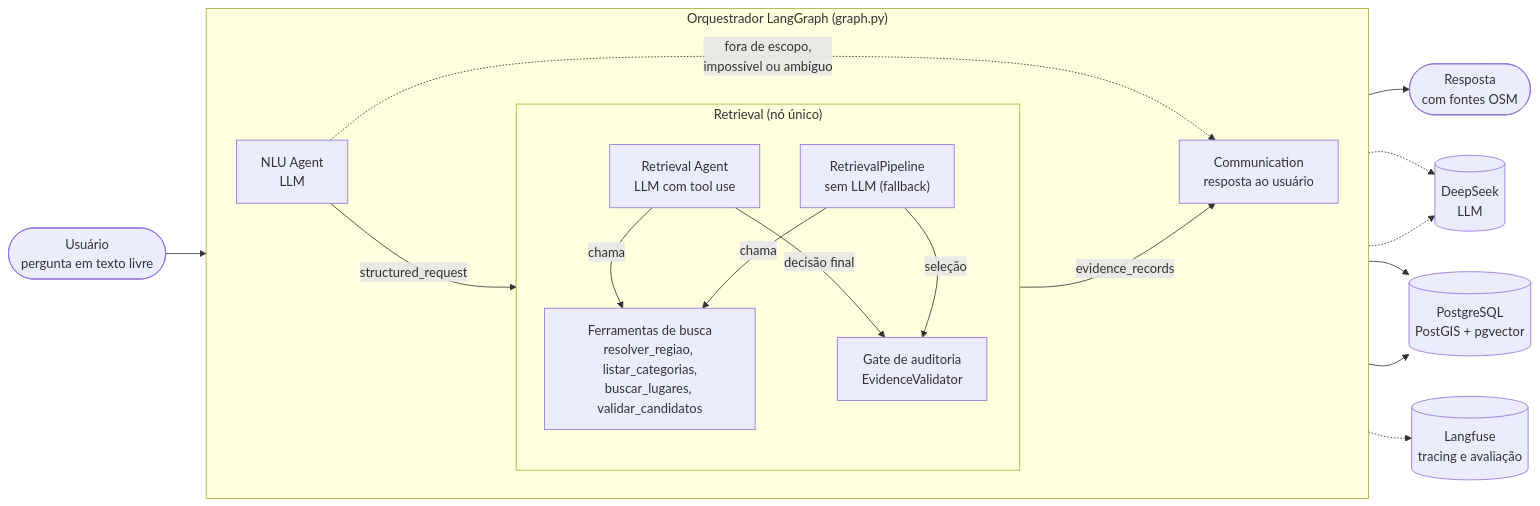
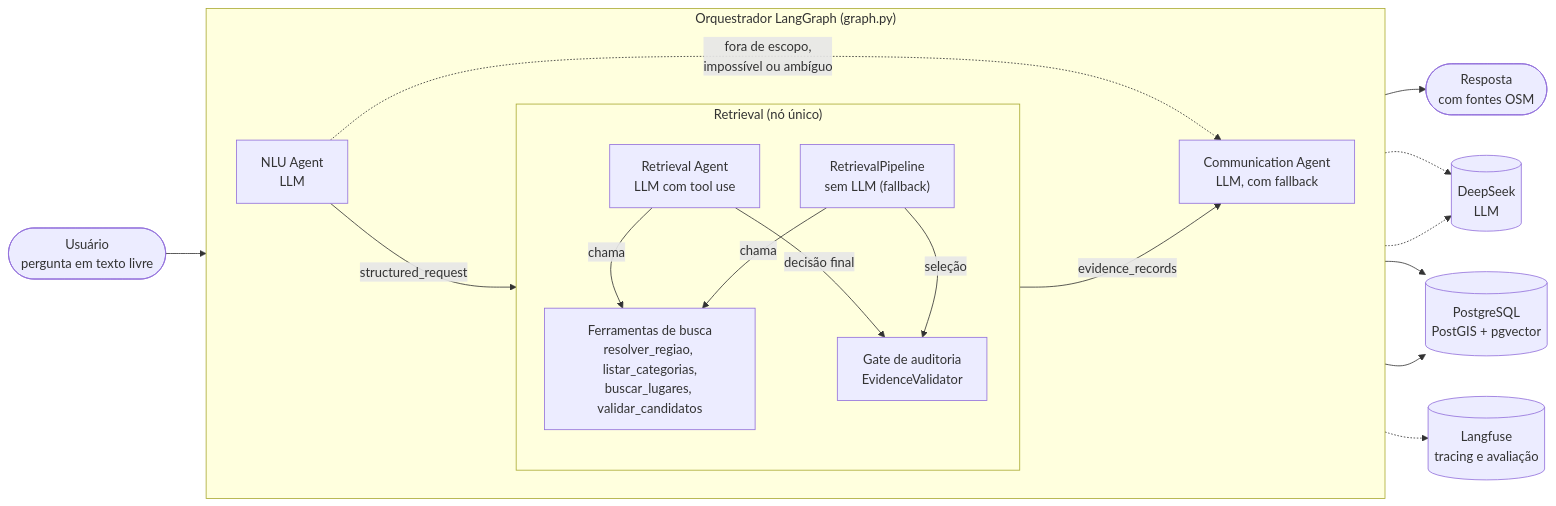
The first of 3 diagrams in docs/arquitetura_agentes.md (Marjoriemitzi/Bubblues---Challenge-2---Resid-ncia-de-IA), drawn with Mermaid before and after one commit. The commit also changed other lines of this file and 5 other files, not shown here.

First line of the commit message:
feat(communication): Communication Agent LLM sobre o formatador do PR #15

````diff
--- a/docs/arquitetura_agentes.md
+++ b/docs/arquitetura_agentes.md
@@ -22,36 +24,36 @@
 ```mermaid
 flowchart LR
     U(["Usuário<br/>pergunta em texto livre"])
 
     subgraph ORQ["Orquestrador LangGraph (graph.py)"]
         direction LR
         NLU["NLU Agent<br/>LLM"]
         subgraph RET["Retrieval (nó único)"]
             direction TB
             AG["Retrieval Agent<br/>LLM com tool use"]
             PIPE["RetrievalPipeline<br/>sem LLM (fallback)"]
             TOOLS["Ferramentas de busca<br/>resolver_regiao, listar_categorias,<br/>buscar_lugares, validar_candidatos"]
             GATE["Gate de auditoria<br/>EvidenceValidator"]
             AG -->|"chama"| TOOLS
             PIPE -->|"chama"| TOOLS
             AG -->|"decisão final"| GATE
             PIPE -->|"seleção"| GATE
         end
-        COM["Communication<br/>resposta ao usuário"]
+        COM["Communication Agent<br/>LLM, com fallback"]
         NLU -->|"structured_request"| RET
         RET -->|"evidence_records"| COM
         NLU -.->|"fora de escopo,<br/>impossível ou ambíguo"| COM
     end
 
     DS[("DeepSeek<br/>LLM")]
     PG[("PostgreSQL<br/>PostGIS + pgvector")]
     LF[("Langfuse<br/>tracing e avaliação")]
 
     U --> NLU
     COM --> R(["Resposta<br/>com fontes OSM"])
     NLU -.-> DS
     AG -.-> DS
     TOOLS --> PG
     GATE --> PG
     ORQ -.-> LF
 ```
````
